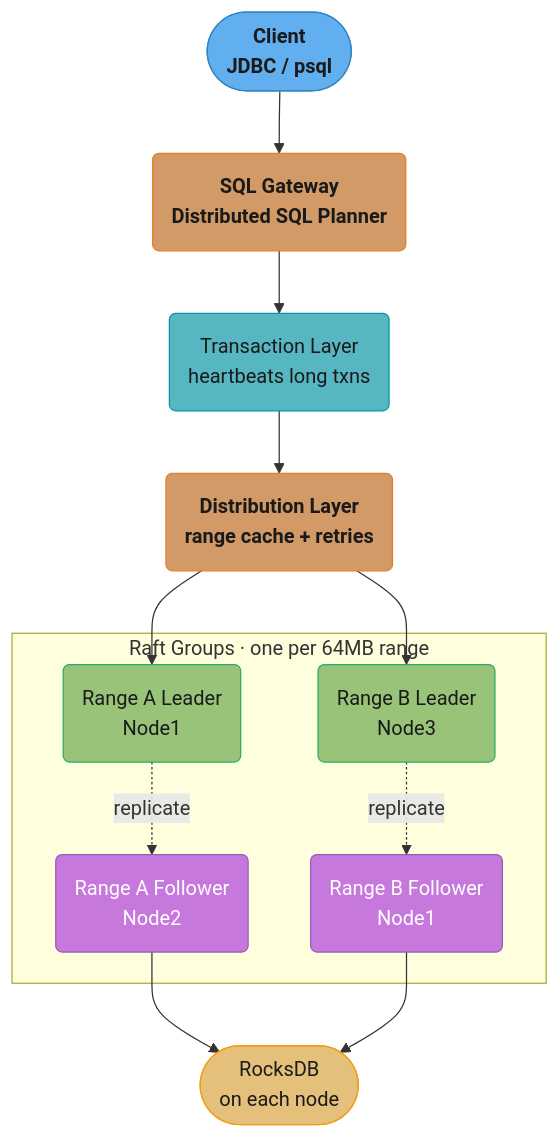
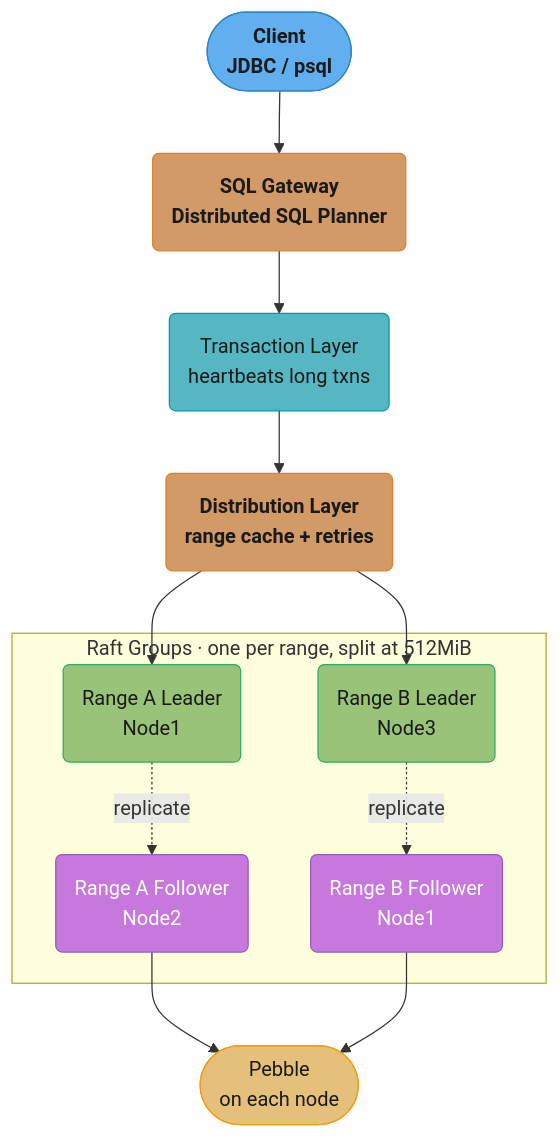
One commit to rppol/system-design changed the first of 8 diagrams in src/main/java/com/rutik/systemdesign/database/newsql_and_distributed_sql/newsql_and_distributed_sql.md. Above: the diagram before and after it, drawn with Mermaid. The commit also changed other lines of this file and 655 other files, not shown here.

````diff
--- a/src/main/java/com/rutik/systemdesign/database/newsql_and_distributed_sql/newsql_and_distributed_sql.md
+++ b/src/main/java/com/rutik/systemdesign/database/newsql_and_distributed_sql/newsql_and_distributed_sql.md
@@ -72,31 +72,31 @@
 ```mermaid
 flowchart TD
     classDef io      fill:#61afef,stroke:#2e86c1,color:#1a1a1a,font-weight:bold
     classDef frozen  fill:#c678dd,stroke:#9b59b6,color:#fff
     classDef train   fill:#98c379,stroke:#27ae60,color:#1a1a1a
     classDef mathOp  fill:#d19a66,stroke:#e67e22,color:#1a1a1a,font-weight:bold
     classDef lossN   fill:#e06c75,stroke:#c0392b,color:#fff,font-weight:bold
     classDef req     fill:#56b6c2,stroke:#0097a7,color:#1a1a1a
     classDef base    fill:#e5c07b,stroke:#f39c12,color:#1a1a1a
 
     client(["Client<br/>JDBC / psql"]) --> gateway("SQL Gateway<br/>Distributed SQL Planner")
     gateway --> txn("Transaction Layer<br/>heartbeats long txns")
     txn --> dist("Distribution Layer<br/>range cache + retries")
 
-    subgraph raft["Raft Groups · one per 64MB range"]
+    subgraph raft["Raft Groups · one per range, split at 512MiB"]
         rangeA_l("Range A Leader<br/>Node1") -.->|"replicate"| rangeA_f("Range A Follower<br/>Node2")
         rangeB_l("Range B Leader<br/>Node3") -.->|"replicate"| rangeB_f("Range B Follower<br/>Node1")
     end
 
     dist --> rangeA_l
     dist --> rangeB_l
-    rangeA_f --> rocksdb(["RocksDB<br/>on each node"])
-    rangeB_f --> rocksdb
+    rangeA_f --> pebble(["Pebble<br/>on each node"])
+    rangeB_f --> pebble
 
     class client io
     class gateway,dist mathOp
     class txn req
     class rangeA_l,rangeB_l train
     class rangeA_f,rangeB_f frozen
-    class rocksdb base
+    class pebble base
 ```
````
